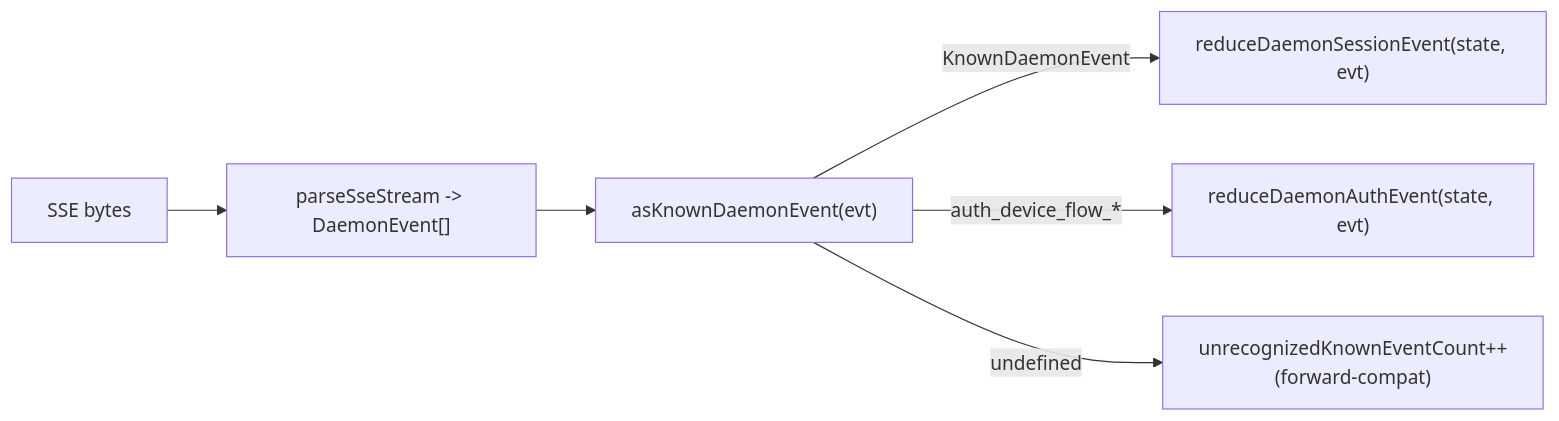
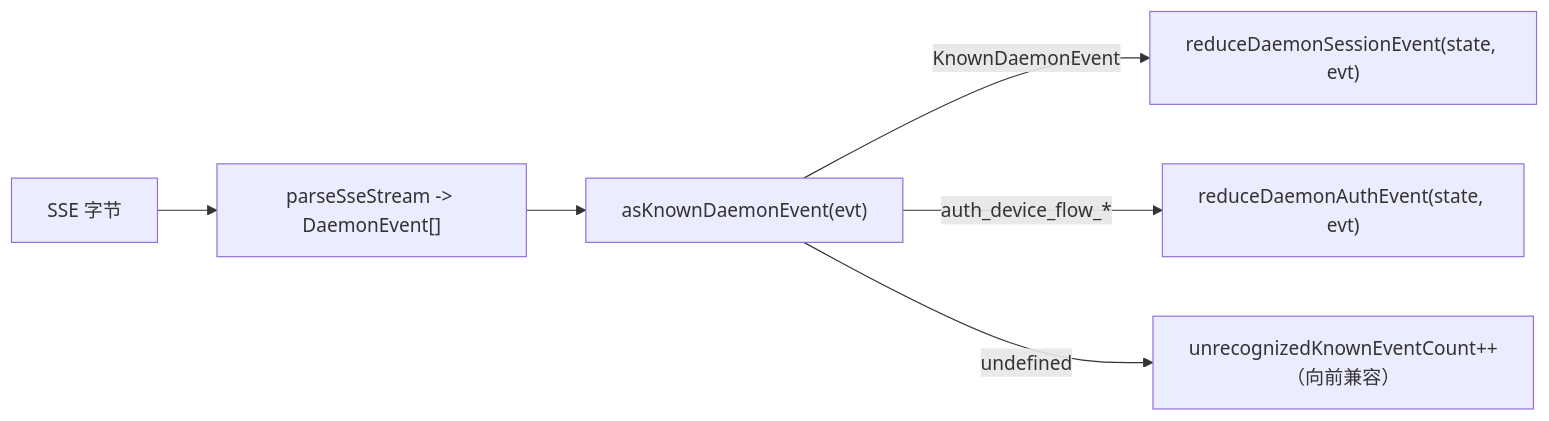
Before and after one commit to QwenLM/qwen-code-docs: the second of 2 diagrams in website/content/zh/developers/daemon/09-event-schema.md, drawn with Mermaid. The commit also changed other lines of this file and 1077 other files, not shown here.

````diff
--- a/website/content/zh/developers/daemon/09-event-schema.md
+++ b/website/content/zh/developers/daemon/09-event-schema.md
@@ -180,8 +179,8 @@
 ```mermaid
 flowchart LR
-    A["SSE bytes"] --> B["parseSseStream -> DaemonEvent[]"]
+    A["SSE 字节"] --> B["parseSseStream -> DaemonEvent[]"]
     B --> C["asKnownDaemonEvent(evt)"]
     C -->|"KnownDaemonEvent"| D["reduceDaemonSessionEvent(state, evt)"]
     C -->|"auth_device_flow_*"| E["reduceDaemonAuthEvent(state, evt)"]
-    C -->|"undefined"| F["unrecognizedKnownEventCount++<br/>(forward-compat)"]
+    C -->|"undefined"| F["unrecognizedKnownEventCount++<br/>（向前兼容）"]
 ```
````
